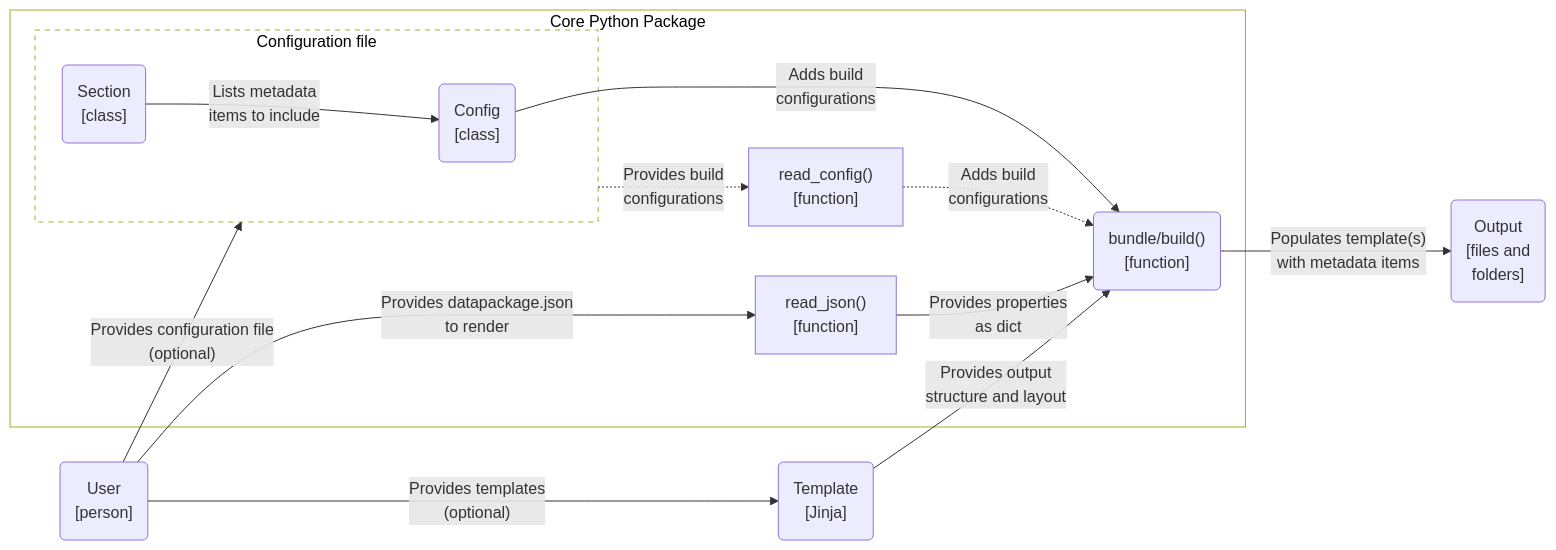
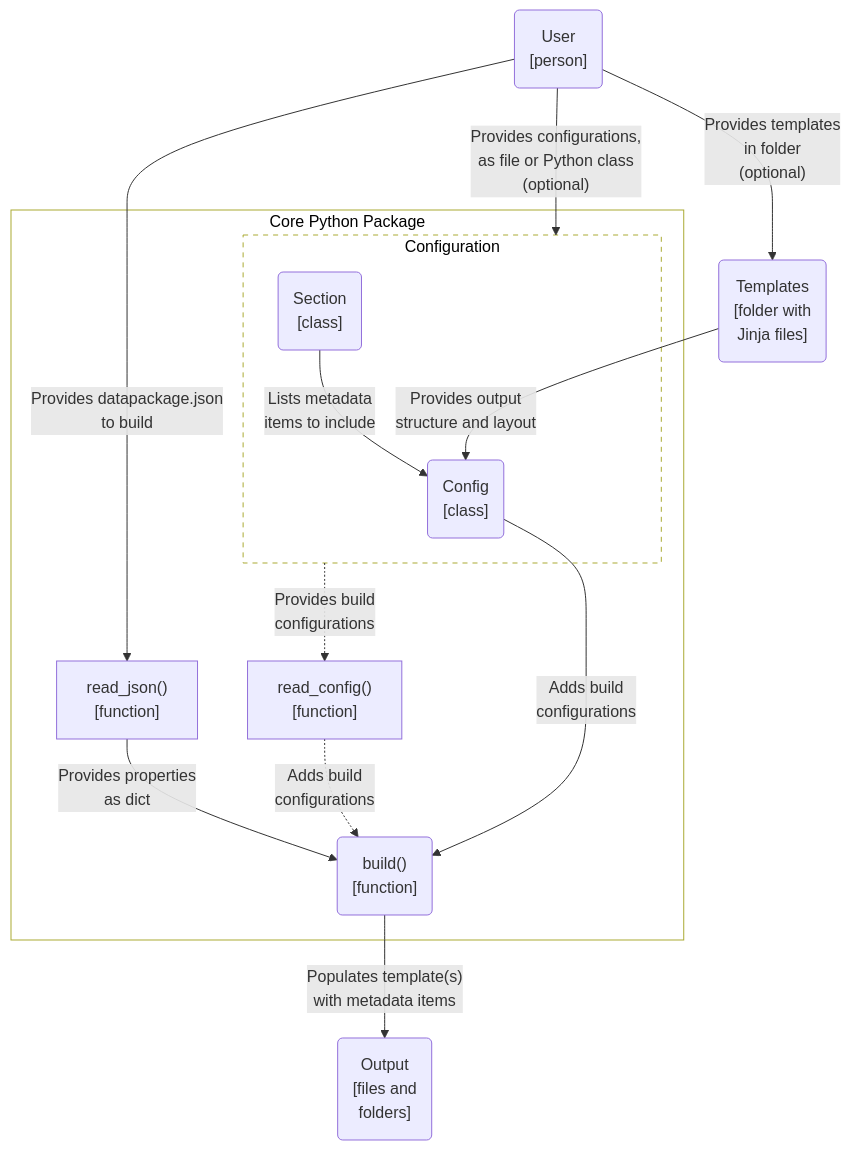
One commit to seedcase-project/seedcase-flower changed the third of 3 diagrams in docs/design/architecture.qmd. Above: the diagram before and after it, drawn with Mermaid. The commit also changed other lines of this file, not shown here.

````diff
--- a/docs/design/architecture.qmd
+++ b/docs/design/architecture.qmd
@@ -110,38 +106,38 @@
 ```{mermaid}
 %%| label: fig-c4-component
 %%| fig-cap: "C4 component diagram showing the parts of the Python package and their connections."
-flowchart LR
+flowchart
 
     subgraph python_package["Core Python Package"]
 
-        subgraph config_file["Configuration file"]
+        subgraph config_file["Configuration"]
             config("Config<br>[class]")
             section("Section<br>[class]")
         end
 
         read_config["read_config()<br>[function]"]
         read_json["read_json()<br>[function]"]
-        build("bundle/build()<br>[function]")
+        build("build()<br>[function]")
 
         section --"Lists metadata<br>items to include"--> config
         config_file -. "Provides build<br>configurations" .-> read_config
 
         read_json --"Provides properties<br>as dict"--> build
         read_config -. "Adds build<br>configurations" .-> build
         config --"Adds build<br>configurations"--> build
     end
 
-    template("Template<br>[Jinja]")
+    templates("Templates<br>[folder with<br>Jinja files]")
     user("User<br>[person]")
     output("Output<br>[files and<br>folders]")
 
-    template --"Provides output<br>structure and layout"--> build
-    user --"Provides datapackage.json<br>to render"--> read_json
-    user --"Provides configuration file<br>(optional)"--> config_file
-    user --"Provides templates<br>(optional)"--> template
+    templates --"Provides output<br>structure and layout"--> config
+    user --"Provides datapackage.json<br>to build"--> read_json
+    user --"Provides configurations,<br>as file or Python class<br>(optional)"--> config_file
+    user --"Provides templates<br>in folder<br>(optional)"--> templates
     build --"Populates template(s)<br>with metadata items"--> output
 
     %% Styling
     style python_package fill:#FFFFFF, color:#000000
     style config_file fill:#FFFFFF, color:#000000, stroke-dasharray: 5 5
 ```
````
